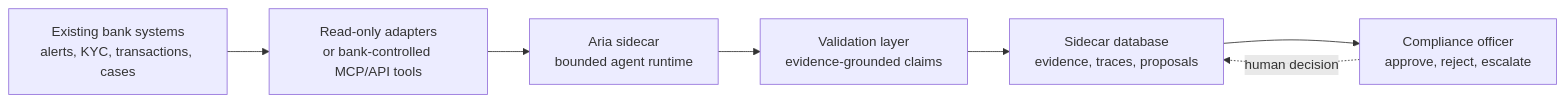
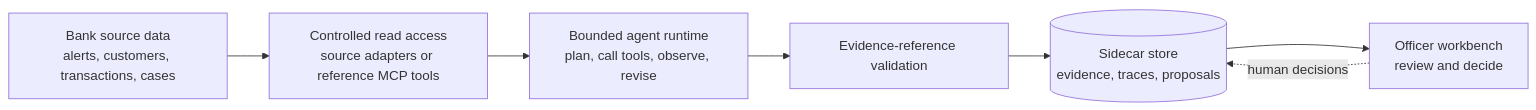
The diagram in README.md (zohidjon-m/aria), drawn with Mermaid before and after one commit. The commit also changed other lines of this file, not shown here.

Commit message:
docs: clarify ARIA overview and engineering decisions

````diff
--- a/README.md
+++ b/README.md
@@ -79,9 +129,12 @@
 ```mermaid
 flowchart LR
-    A["Existing bank systems<br/>alerts, KYC, transactions, cases"] --> B["Read-only adapters<br/>or bank-controlled MCP/API tools"]
-    B --> C["Aria sidecar<br/>bounded agent runtime"]
-    C --> D["Validation layer<br/>evidence-grounded claims"]
-    D --> E["Sidecar database<br/>evidence, traces, proposals"]
-    E --> F["Compliance officer<br/>approve, reject, escalate"]
-    F -. human decision .-> E
+    Sources["Bank source data<br/>alerts, customers, transactions, cases"]
+    Access["Controlled read access<br/>source adapters or reference MCP tools"]
+    Runtime["Bounded agent runtime<br/>plan, call tools, observe, revise"]
+    Validation["Evidence-reference validation"]
+    Store[("Sidecar store<br/>evidence, traces, proposals")]
+    Officer["Officer workbench<br/>review and decide"]
+
+    Sources --> Access --> Runtime --> Validation --> Store --> Officer
+    Officer -. "human decisions" .-> Store
 ```
````
